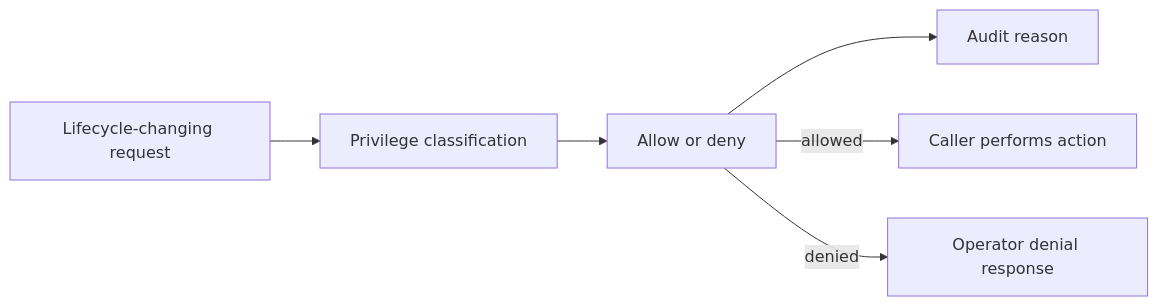
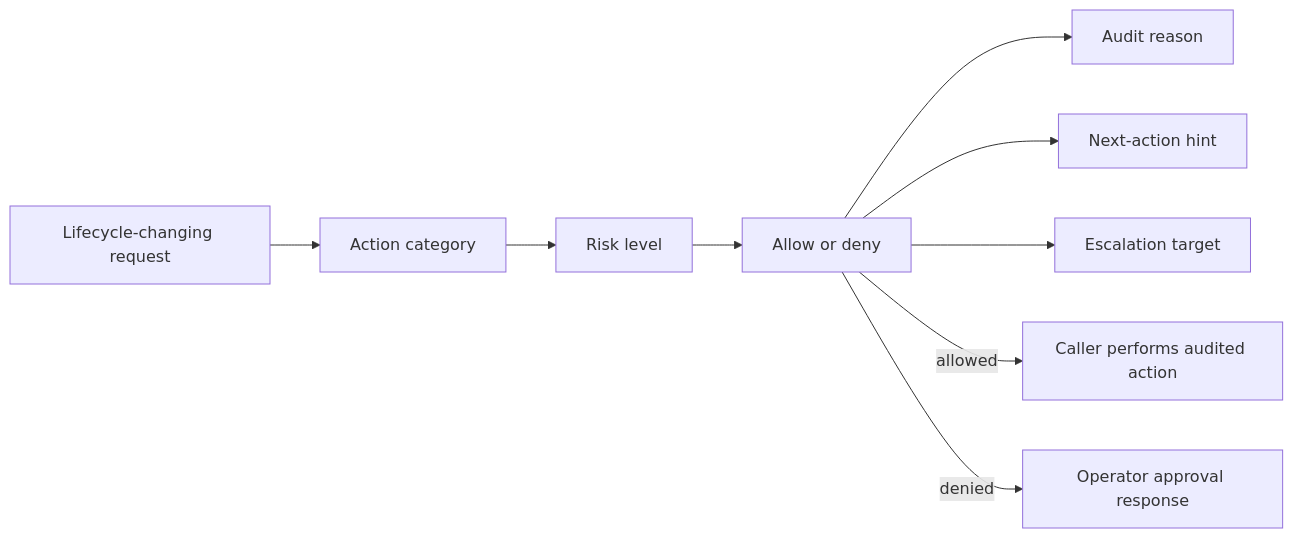
One commit to VannaDii/ironloom changed the diagram in packages/policy/README.md. Above: the diagram before and after it, drawn with Mermaid. The commit also changed other lines of this file and 11 other files, not shown here.

Commit message:
feat: add policy lifecycle escalation

````diff
--- a/packages/policy/README.md
+++ b/packages/policy/README.md
@@ -11,8 +11,11 @@
 ```mermaid
 flowchart LR
-  Request[Lifecycle-changing request] --> Classify[Privilege classification]
-  Classify --> Decision[Allow or deny]
-  Decision --> Reason[Audit reason]
-  Decision -->|allowed| Action[Caller performs action]
-  Decision -->|denied| Response[Operator denial response]
+  Request[Lifecycle-changing request] --> Classify[Action category]
+  Classify --> Risk[Risk level]
+  Risk --> Decision[Allow or deny]
+  Decision --> Audit[Audit reason]
+  Decision --> Next[Next-action hint]
+  Decision --> Escalation[Escalation target]
+  Decision -->|allowed| Action[Caller performs audited action]
+  Decision -->|denied| Response[Operator approval response]
 ```
````
